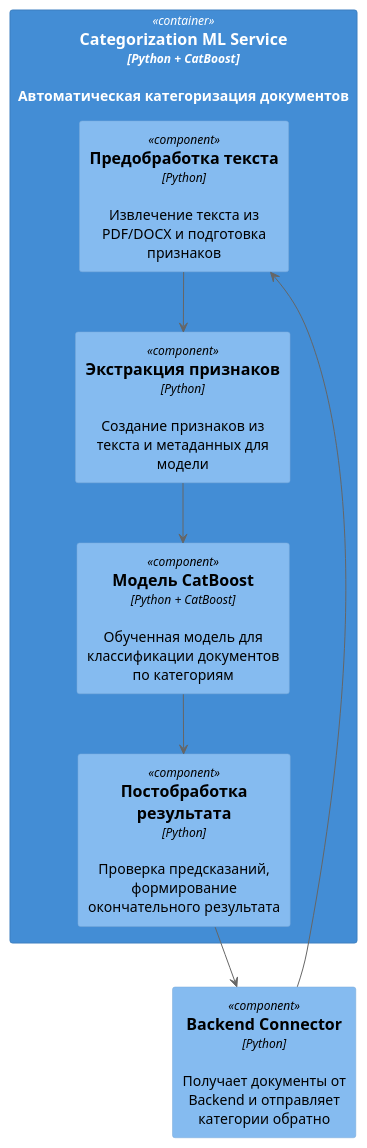
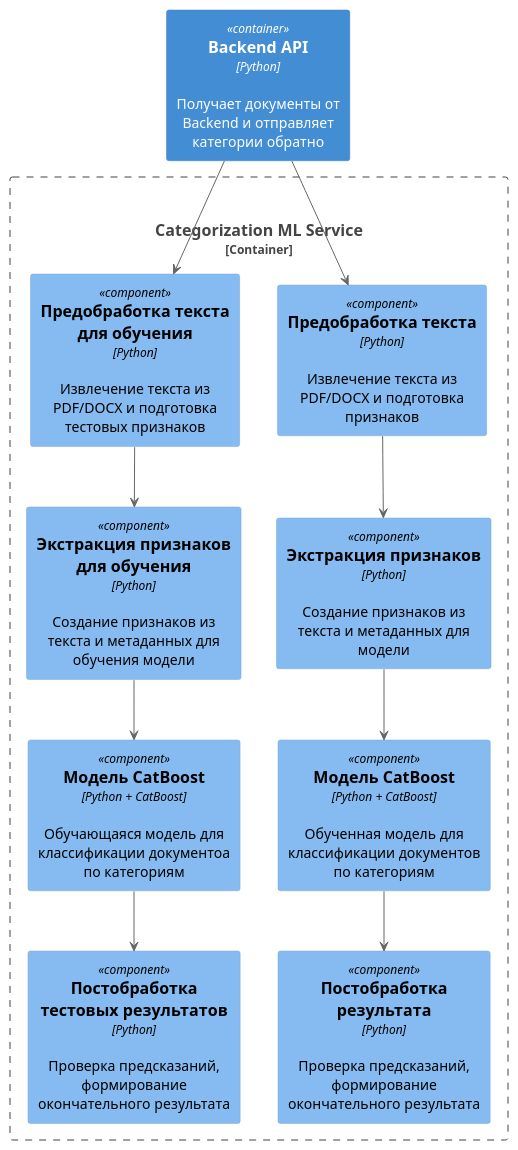
One commit to golariva/labs-for-design-of-software-systems-architecture changed the diagram in Lab Work №2/src/ml_component_diagram.puml. Above: the diagram before and after it, drawn with PlantUML. The commit also changed 7 other files, not shown here.

```diff
--- a/Lab Work №2/src/ml_component_diagram.puml
+++ b/Lab Work №2/src/ml_component_diagram.puml
@@ -1,20 +1,27 @@
 @startuml
 !includeurl https://raw.githubusercontent.com/plantuml-stdlib/C4-PlantUML/master/C4_Component.puml
 
-Container(ml, "Categorization ML Service", "Python + CatBoost", "Автоматическая категоризация документов") {
+Container(backend_connector, "Backend API", "Python", "Получает документы от Backend и отправляет категории обратно")
+
+Container_Boundary(ml, "Categorization ML Service", "Python + CatBoost", "Автоматическая категоризация документов") {
 
     Component(preprocessor, "Предобработка текста", "Python", "Извлечение текста из PDF/DOCX и подготовка признаков")
     Component(feature_extractor, "Экстракция признаков", "Python", "Создание признаков из текста и метаданных для модели")
     Component(catboost_model, "Модель CatBoost", "Python + CatBoost", "Обученная модель для классификации документов по категориям")
     Component(postprocessor, "Постобработка результата", "Python", "Проверка предсказаний, формирование окончательного результата")
+    Component(preprocessor_help, "Предобработка текста для обучения", "Python", "Извлечение текста из PDF/DOCX и подготовка тестовых признаков")
+    Component(feature_extractor_help, "Экстракция признаков для обучения", "Python", "Создание признаков из текста и метаданных для обучения модели")
+    Component(catboost_model_help, "Модель CatBoost", "Python + CatBoost", "Обучающаяся модель для классификации документоа по категориям")
+    Component(postprocessor_help, "Постобработка тестовых результатов", "Python", "Проверка предсказаний, формирование окончательного результата")
 }
 
-Component(backend_connector, "Backend Connector", "Python", "Получает документы от Backend и отправляет категории обратно")
-
-backend_connector --> preprocessor
 preprocessor --> feature_extractor
 feature_extractor --> catboost_model
 catboost_model --> postprocessor
-postprocessor --> backend_connector
+backend_connector --> preprocessor
+preprocessor_help --> feature_extractor_help
+feature_extractor_help --> catboost_model_help
+catboost_model_help --> postprocessor_help
+backend_connector --> preprocessor_help
 
 @enduml
```
